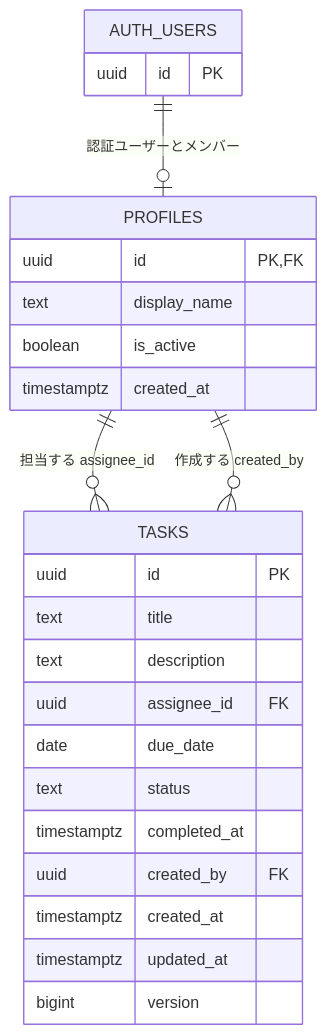
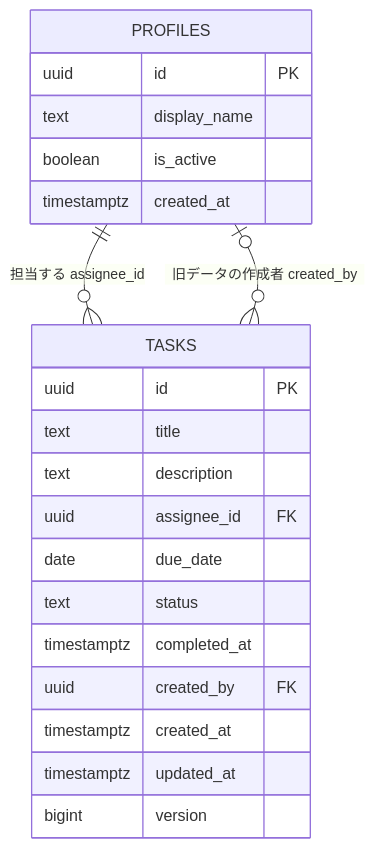
The diagram in docs/database-design.md (soumu-yamashita/-), drawn with Mermaid before and after one commit. The commit also changed other lines of this file and 23 other files, not shown here.

````diff
--- a/docs/database-design.md
+++ b/docs/database-design.md
@@ -13,28 +10,24 @@
 ```mermaid
 erDiagram
-    AUTH_USERS ||--o| PROFILES : "認証ユーザーとメンバー"
     PROFILES ||--o{ TASKS : "担当する assignee_id"
-    PROFILES ||--o{ TASKS : "作成する created_by"
-    AUTH_USERS {
+    PROFILES o|--o{ TASKS : "旧データの作成者 created_by"
+    PROFILES {
         uuid id PK
-    }
-    PROFILES {
-        uuid id PK,FK
         text display_name
         boolean is_active
         timestamptz created_at
     }
     TASKS {
         uuid id PK
         text title
         text description
         uuid assignee_id FK
         date due_date
         text status
         timestamptz completed_at
         uuid created_by FK
         timestamptz created_at
         timestamptz updated_at
         bigint version
     }
 ```
````
